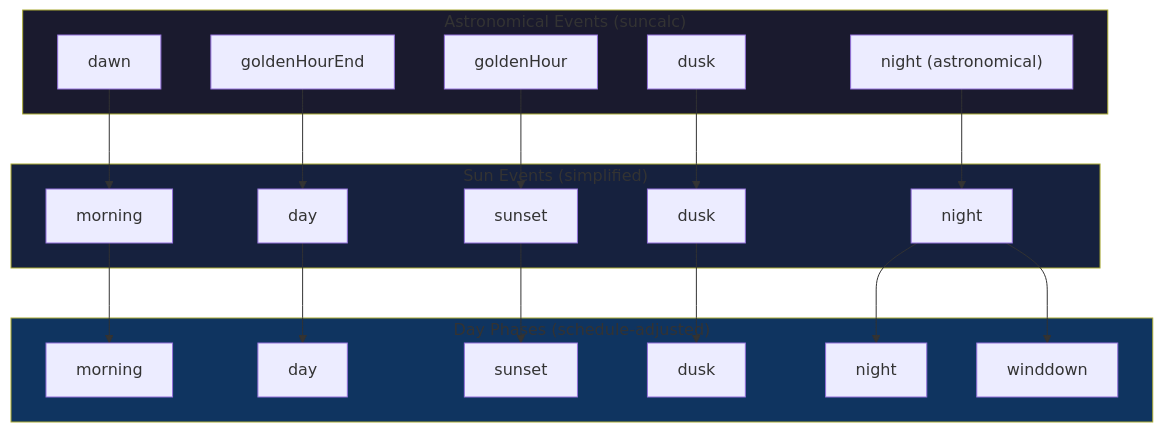
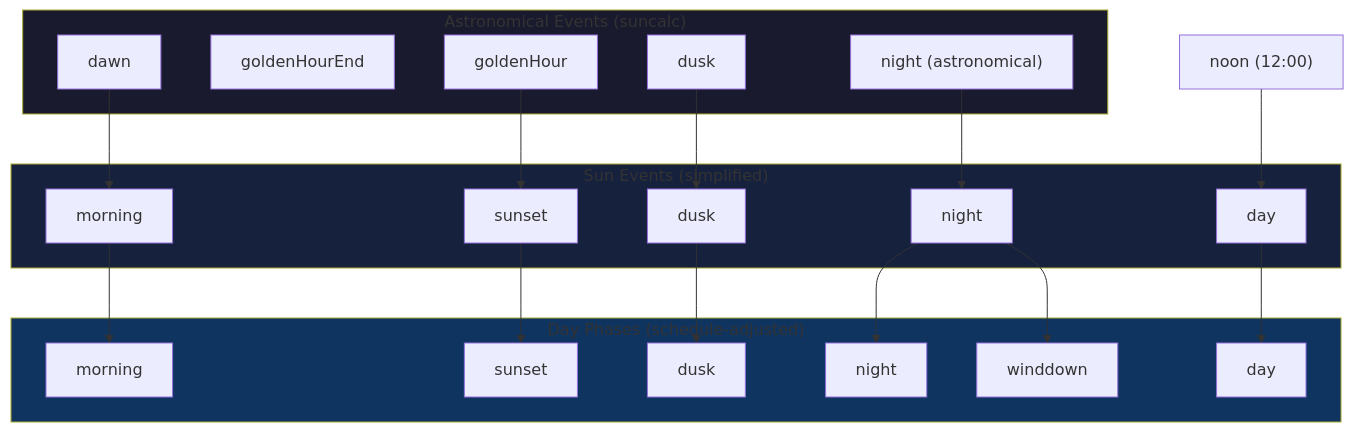
Before and after one commit to NickBorgers/home-automation: the first of 6 diagrams in docs/flows/DAY_PHASE_MODES.md, drawn with Mermaid. The commit also changed other lines of this file, not shown here.

First line of the commit message:
docs: Update DAY_PHASE_MODES.md for morning-to-noon change

````diff
--- a/docs/flows/DAY_PHASE_MODES.md
+++ b/docs/flows/DAY_PHASE_MODES.md
@@ -14,44 +14,44 @@
 ```mermaid
 flowchart TB
     subgraph Astronomical["Astronomical Events (suncalc)"]
         dawn["dawn"]
         goldenHourEnd["goldenHourEnd"]
         goldenHour["goldenHour"]
         dusk["dusk"]
         night["night (astronomical)"]
     end
 
     subgraph SunEvents["Sun Events (simplified)"]
         SE_night["night"]
         SE_morning["morning"]
         SE_day["day"]
         SE_sunset["sunset"]
         SE_dusk["dusk"]
     end
 
     subgraph DayPhases["Day Phases (schedule-adjusted)"]
         DP_night["night"]
         DP_morning["morning"]
         DP_day["day"]
         DP_sunset["sunset"]
         DP_dusk["dusk"]
         DP_winddown["winddown"]
     end
 
     dawn --> SE_morning
-    goldenHourEnd --> SE_day
+    noon["noon (12:00)"] --> SE_day
     goldenHour --> SE_sunset
     dusk --> SE_dusk
     night --> SE_night
 
     SE_night --> DP_night
     SE_morning --> DP_morning
     SE_day --> DP_day
     SE_sunset --> DP_sunset
     SE_dusk --> DP_dusk
     SE_night --> DP_winddown
 
     style Astronomical fill:#1a1a2e
     style SunEvents fill:#16213e
     style DayPhases fill:#0f3460
 ```
````
